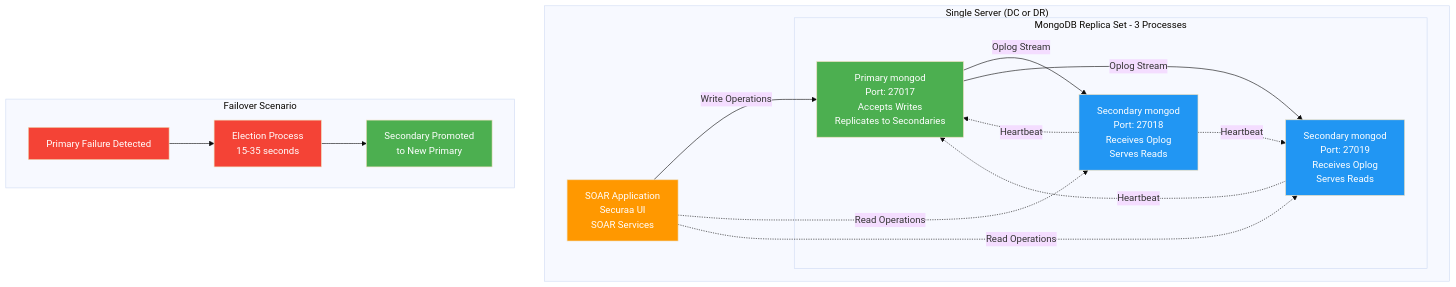
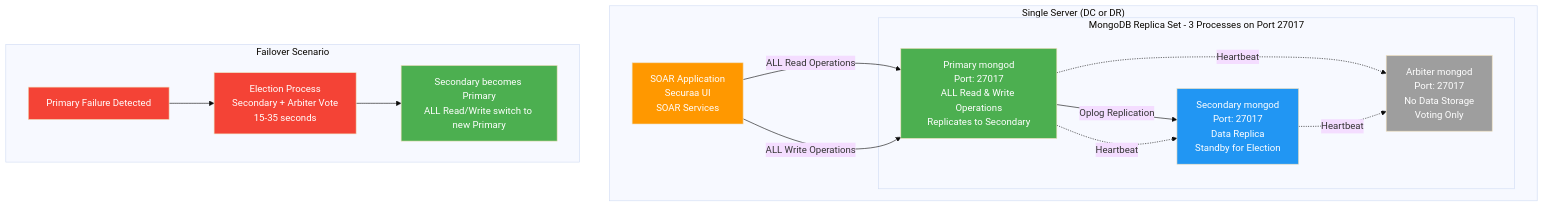
One commit to Vishwa0220/customers-docs changed the second of 12 diagrams in HA_DR_Architecture_Documentation_dt.md. Above: the diagram before and after it, drawn with Mermaid (base theme). The commit also changed other lines of this file, not shown here.

````diff
--- a/HA_DR_Architecture_Documentation_dt.md
+++ b/HA_DR_Architecture_Documentation_dt.md
@@ -90,41 +93,41 @@
 ```mermaid
 graph TB
     subgraph "Single Server (DC or DR)"
-        subgraph "MongoDB Replica Set - 3 Processes"
-            PRIMARY[Primary mongod<br/>Port: 27017<br/>Accepts Writes<br/>Replicates to Secondaries]
-            SECONDARY1[Secondary mongod<br/>Port: 27018<br/>Receives Oplog<br/>Serves Reads]
-            SECONDARY2[Secondary mongod<br/>Port: 27019<br/>Receives Oplog<br/>Serves Reads]
+        subgraph "MongoDB Replica Set - 3 Processes on Port 27017"
+            PRIMARY[Primary mongod<br/>Port: 27017<br/>ALL Read & Write Operations<br/>Replicates to Secondary]
+            SECONDARY[Secondary mongod<br/>Port: 27017<br/>Data Replica<br/>Standby for Election]
+            ARBITER[Arbiter mongod<br/>Port: 27017<br/>No Data Storage<br/>Voting Only]
             
-            PRIMARY -->|Oplog Stream| SECONDARY1
-            PRIMARY -->|Oplog Stream| SECONDARY2
-            SECONDARY1 -.->|Heartbeat| PRIMARY
-            SECONDARY2 -.->|Heartbeat| PRIMARY
-            SECONDARY1 -.->|Heartbeat| SECONDARY2
+            PRIMARY -->|Oplog Replication| SECONDARY
+            PRIMARY -.->|Heartbeat| SECONDARY
+            PRIMARY -.->|Heartbeat| ARBITER
+            SECONDARY -.->|Heartbeat| ARBITER
         end
         
         APP[SOAR Application<br/>Securaa UI<br/>SOAR Services]
         
-        APP -->|Write Operations| PRIMARY
-        APP -.->|Read Operations| SECONDARY1
-        APP -.->|Read Operations| SECONDARY2
+        APP -->|ALL Read Operations| PRIMARY
+        APP -->|ALL Write Operations| PRIMARY
     end
     
     subgraph "Failover Scenario"
         FAIL[Primary Failure Detected]
-        ELECT[Election Process<br/>15-35 seconds]
-        NEWPRIMARY[Secondary Promoted<br/>to New Primary]
+        ELECT[Election Process<br/>Secondary + Arbiter Vote<br/>15-35 seconds]
+        NEWPRIMARY[Secondary becomes Primary<br/>ALL Read/Write switch to new Primary]
         
         FAIL --> ELECT
         ELECT --> NEWPRIMARY
     end
     
     classDef primary fill:#4CAF50,color:#fff
     classDef secondary fill:#2196F3,color:#fff
+    classDef arbiter fill:#9E9E9E,color:#fff
     classDef app fill:#FF9800,color:#fff
     classDef failover fill:#f44336,color:#fff
     
     class PRIMARY,NEWPRIMARY primary
-    class SECONDARY1,SECONDARY2 secondary
+    class SECONDARY secondary
+    class ARBITER arbiter
     class APP app
     class FAIL,ELECT failover
 ```
````
